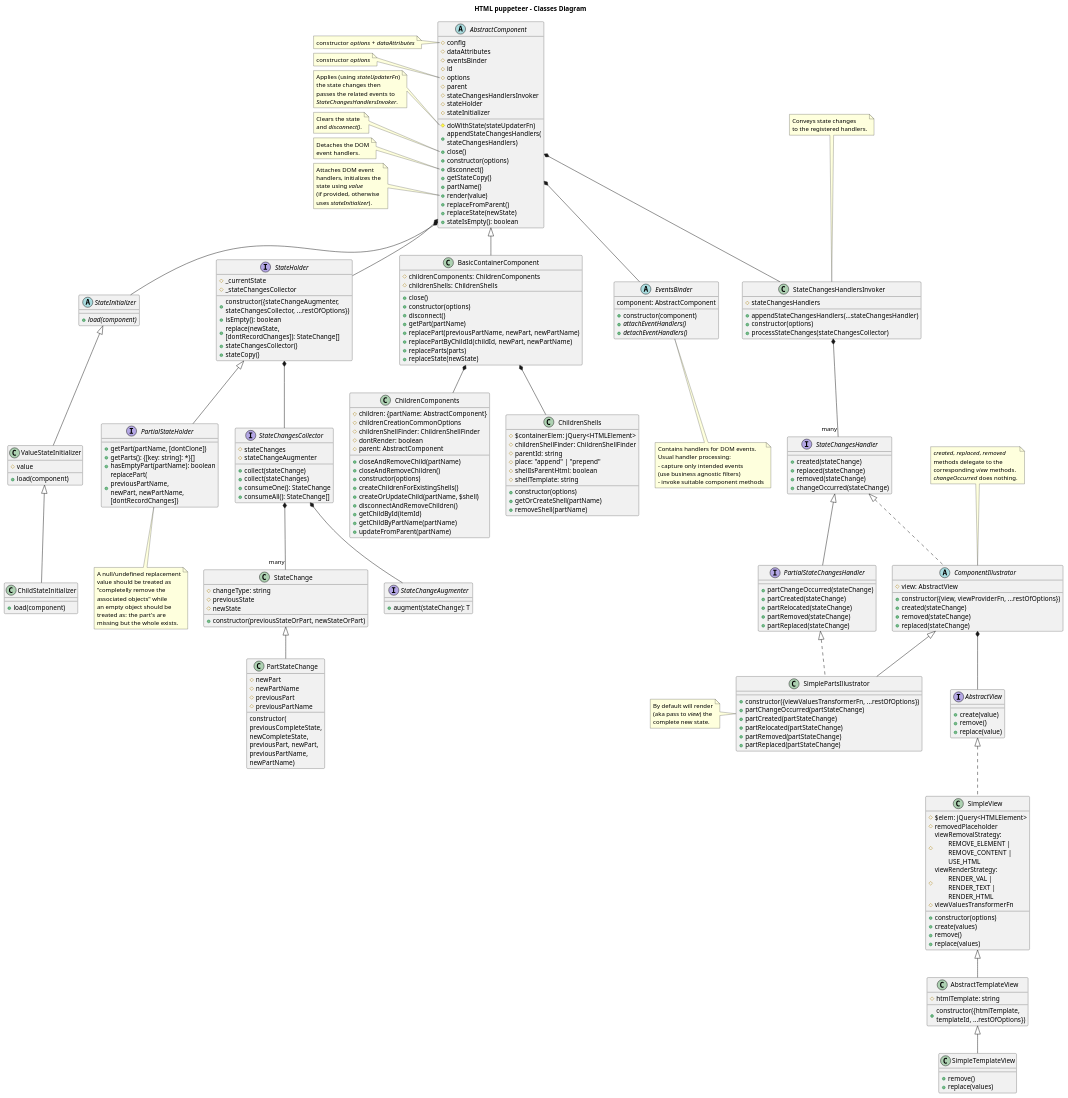
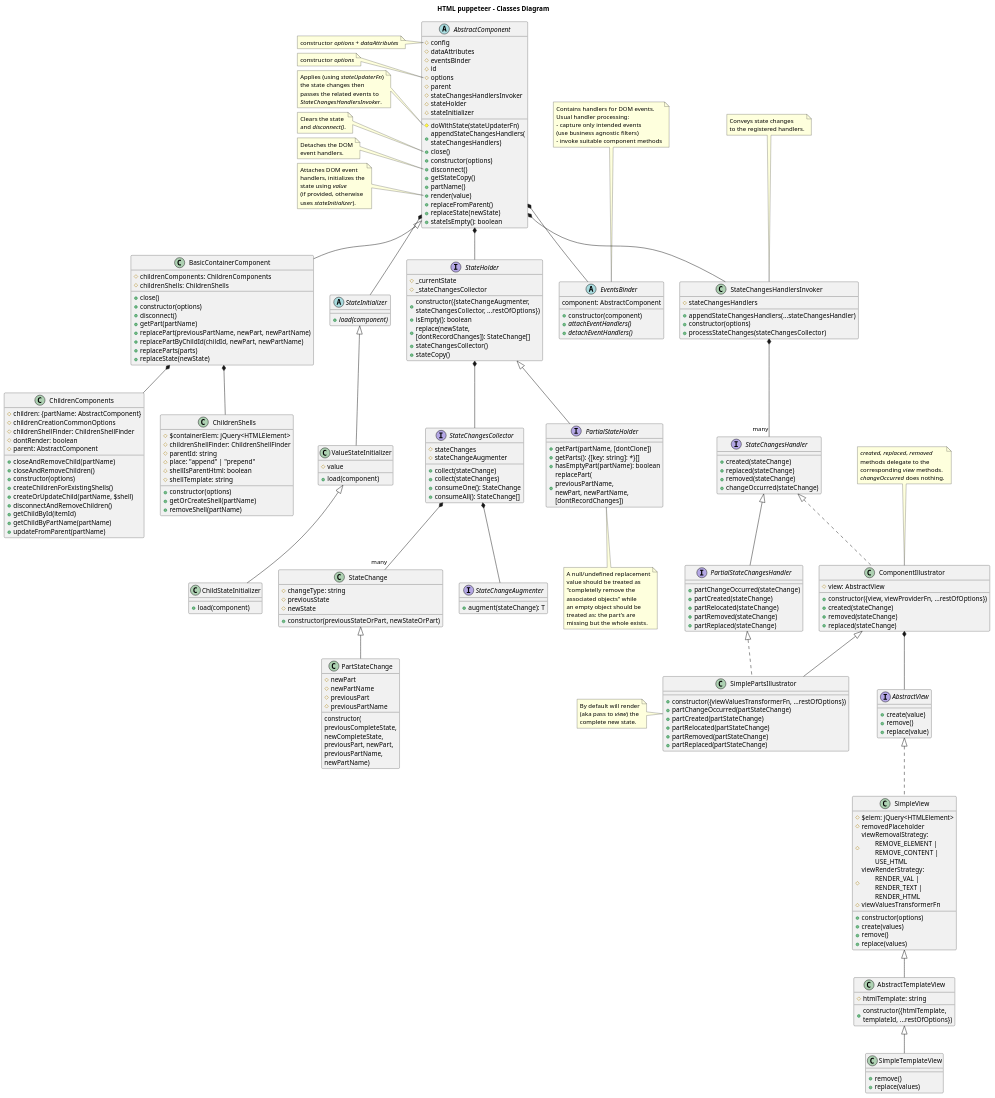
Before and after one commit to adrhc/html-puppeteer: the diagram in design/classes-diagram.puml, drawn with PlantUML. The commit also changed 5 other files, not shown here.

Commit message:
ComponentIllustrator: made concrete class instead of @abstract removed IgnorePartChangesIllustrator.js, using ComponentIllustrator classes-diagram.puml updated

```diff
--- a/design/classes-diagram.puml
+++ b/design/classes-diagram.puml
@@ -94,7 +94,7 @@
   {abstract}+detachEventHandlers()
 }
 
-note bottom of EventsBinder
+note top of EventsBinder
   Contains handlers for DOM events.
   Usual handler processing:
   - capture only intended events
@@ -295,7 +295,7 @@
 +partReplaced(stateChange)
 }
 
-abstract ComponentIllustrator implements StateChangesHandler {
+class ComponentIllustrator implements StateChangesHandler {
 #view: AbstractView
 +constructor({view, viewProviderFn, ...restOfOptions})
 +created(stateChange)
```
